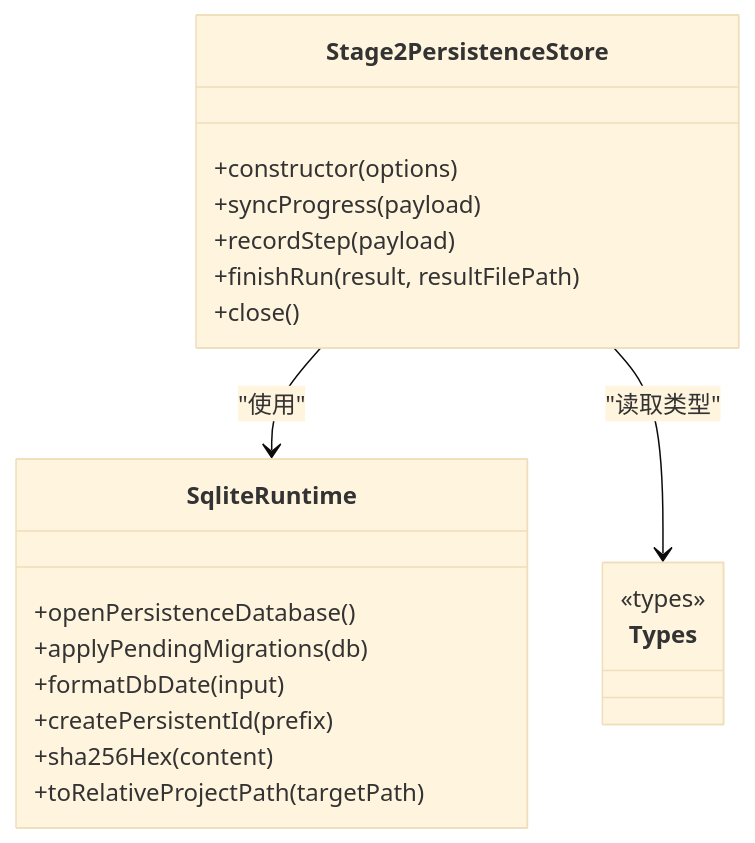
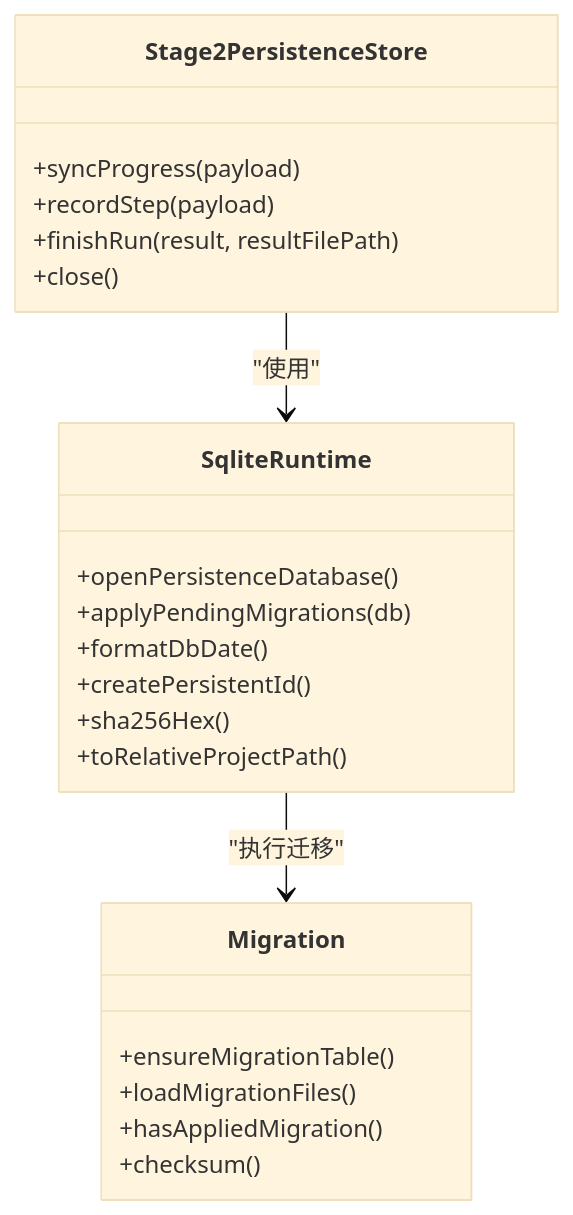
One commit to Jiane-EJ/playwright-mind changed the fourth of 8 diagrams in .qoder/repowiki/zh/content/项目概述.md. Above: the diagram before and after it, drawn with Mermaid (base theme). The commit also changed other lines of this file and 151 other files, not shown here.

````diff
--- a/.qoder/repowiki/zh/content/项目概述.md
+++ b/.qoder/repowiki/zh/content/项目概述.md
@@ -248,23 +209,25 @@
 ```mermaid
 classDiagram
 class Stage2PersistenceStore {
-+constructor(options)
 +syncProgress(payload)
 +recordStep(payload)
 +finishRun(result, resultFilePath)
 +close()
 }
 class SqliteRuntime {
 +openPersistenceDatabase()
 +applyPendingMigrations(db)
-+formatDbDate(input)
-+createPersistentId(prefix)
-+sha256Hex(content)
-+toRelativeProjectPath(targetPath)
++formatDbDate()
++createPersistentId()
++sha256Hex()
++toRelativeProjectPath()
 }
-class Types {
-<<types>>
+class Migration {
++ensureMigrationTable()
++loadMigrationFiles()
++hasAppliedMigration()
++checksum()
 }
 Stage2PersistenceStore --> SqliteRuntime : "使用"
-Stage2PersistenceStore --> Types : "读取类型"
+SqliteRuntime --> Migration : "执行迁移"
 ```
````
